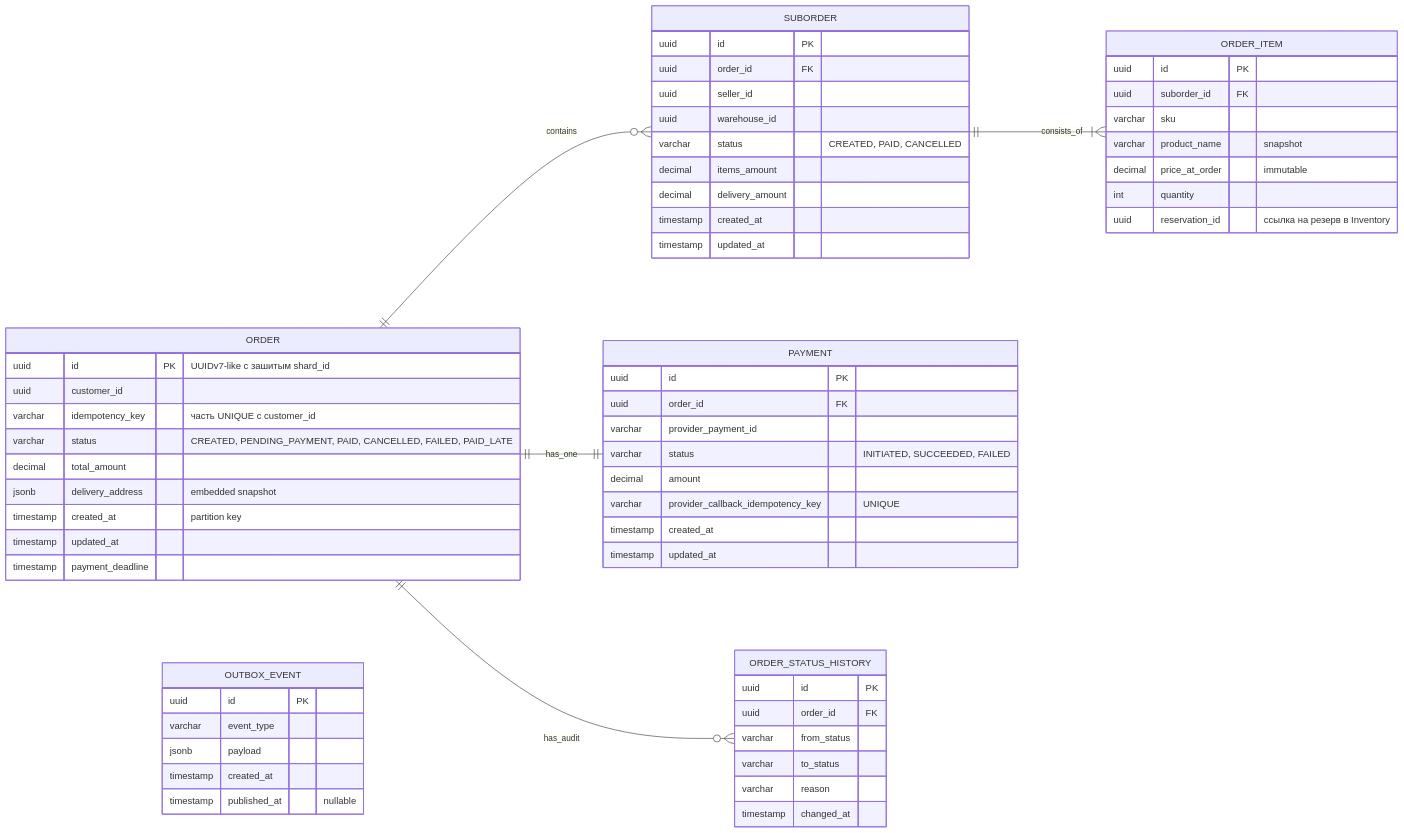
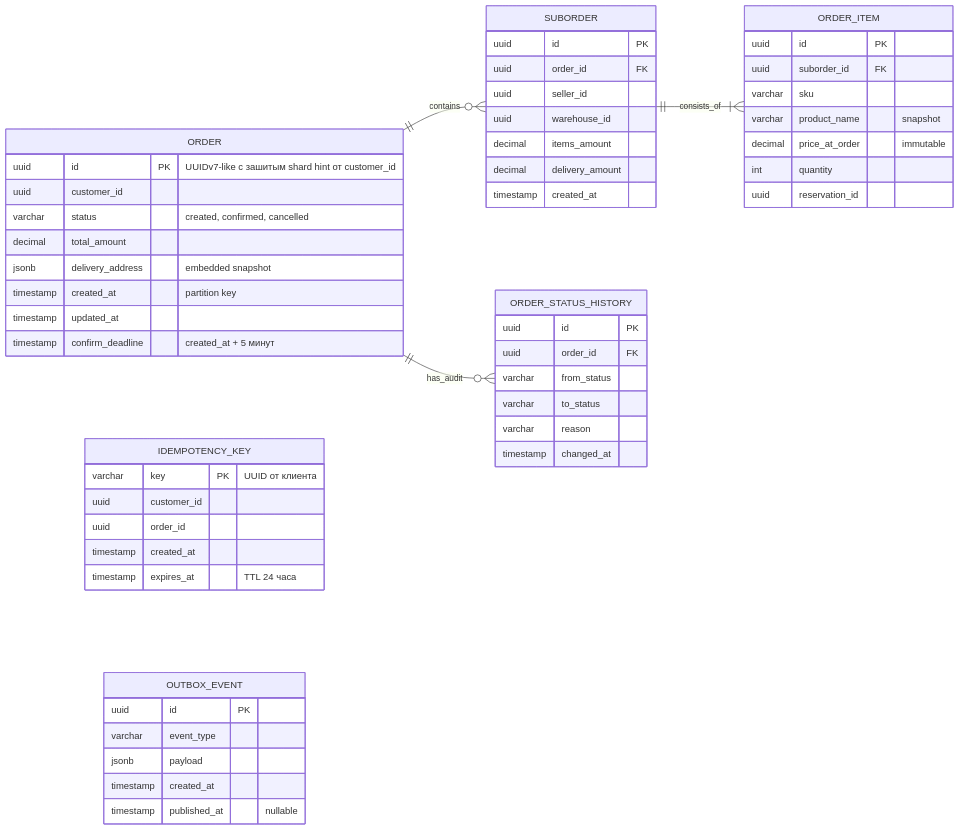
The second of 10 diagrams in marketplace-order-solution.md (Unbiscuit/dev_sol), drawn with Mermaid before and after one commit. The commit also changed other lines of this file, not shown here.

````diff
--- a/marketplace-order-solution.md
+++ b/marketplace-order-solution.md
@@ -121,71 +175,64 @@
 ```mermaid
 erDiagram
     direction LR
 
     ORDER {
-        uuid id PK "UUIDv7-like с зашитым shard_id"
+        uuid id PK "UUIDv7-like с зашитым shard hint от customer_id"
         uuid customer_id
-        varchar idempotency_key "часть UNIQUE с customer_id"
-        varchar status "CREATED, PENDING_PAYMENT, PAID, CANCELLED, FAILED, PAID_LATE"
+        varchar status "created, confirmed, cancelled"
         decimal total_amount
         jsonb delivery_address "embedded snapshot"
         timestamp created_at "partition key"
         timestamp updated_at
-        timestamp payment_deadline
+        timestamp confirm_deadline "created_at + 5 минут"
     }
 
     SUBORDER {
         uuid id PK
         uuid order_id FK
         uuid seller_id
         uuid warehouse_id
-        varchar status "CREATED, PAID, CANCELLED"
         decimal items_amount
         decimal delivery_amount
         timestamp created_at
-        timestamp updated_at
     }
 
     ORDER_ITEM {
         uuid id PK
         uuid suborder_id FK
         varchar sku
         varchar product_name "snapshot"
         decimal price_at_order "immutable"
         int quantity
-        uuid reservation_id "ссылка на резерв в Inventory"
+        uuid reservation_id
     }
 
-    PAYMENT {
-        uuid id PK
-        uuid order_id FK
-        varchar provider_payment_id
-        varchar status "INITIATED, SUCCEEDED, FAILED"
-        decimal amount
-        varchar provider_callback_idempotency_key "UNIQUE"
+    IDEMPOTENCY_KEY {
+        varchar key PK "UUID от клиента"
+        uuid customer_id
+        uuid order_id
         timestamp created_at
-        timestamp updated_at
+        timestamp expires_at "TTL 24 часа"
     }
 
     ORDER_STATUS_HISTORY {
         uuid id PK
         uuid order_id FK
         varchar from_status
         varchar to_status
         varchar reason
         timestamp changed_at
     }
 
     OUTBOX_EVENT {
         uuid id PK
         varchar event_type
         jsonb payload
         timestamp created_at
         timestamp published_at "nullable"
     }
 
     ORDER ||--o{ SUBORDER : "contains"
     SUBORDER ||--|{ ORDER_ITEM : "consists_of"
-    ORDER ||--|| PAYMENT : "has_one"
     ORDER ||--o{ ORDER_STATUS_HISTORY : "has_audit"
 ```
````
